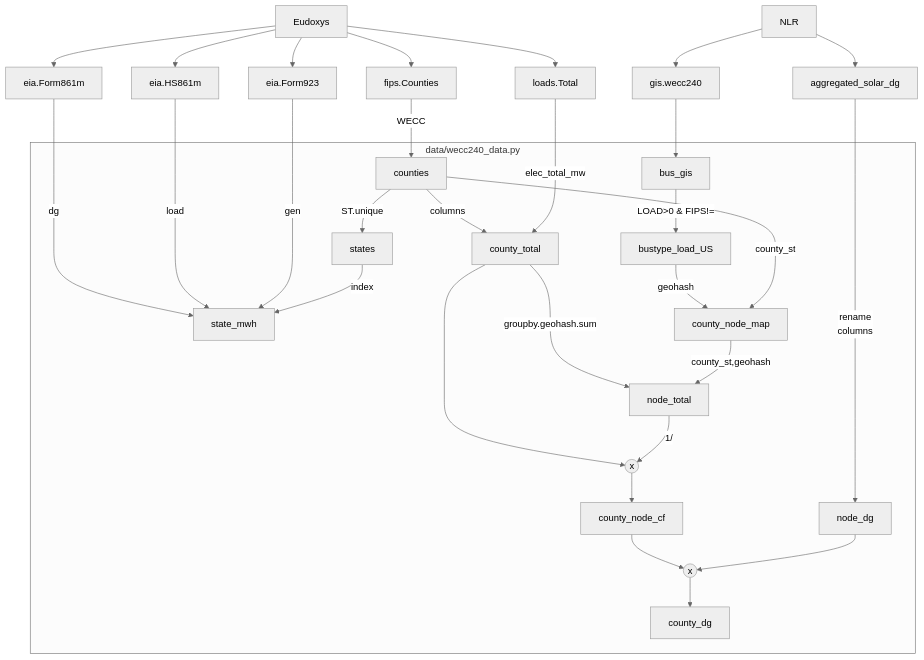
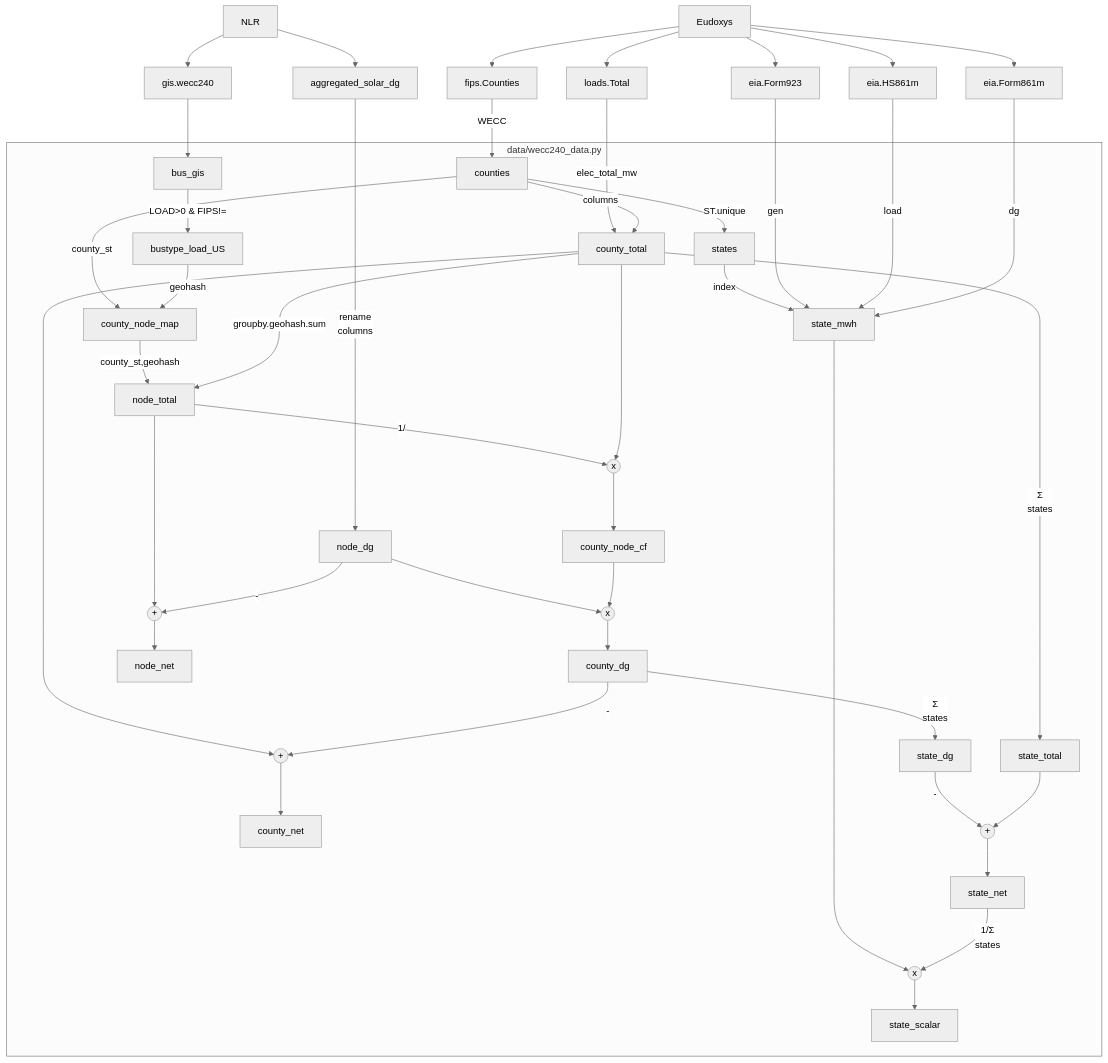
One commit to eudoxys/wecc240 changed the diagram in wecc240/data/README.md. Above: the diagram before and after it, drawn with Mermaid (neutral theme).

````diff
--- a/wecc240/data/README.md
+++ b/wecc240/data/README.md
@@ -37,20 +37,56 @@
     county_node_cf --> mul2
     mul2 --> county_dg
 
+    node_total --> sum1
+    node_dg -->|-| sum1
+    sum1 --> node_net
+
+    county_total --> sum2
+    county_dg -->|-| sum2
+    sum2 --> county_net
+
+    county_total -->|Σ
+    states| state_total
+    county_dg -->|Σ
+        states| state_dg
+    
+    state_dg -->|-| sum3
+    state_total --> sum3
+    sum3 --> state_net
+
+    state_mwh --> mul3
+    state_net -->|1/Σ
+        states| mul3
+    mul3 --> state_scalar
+
     subgraph data/wecc240_data.py
         counties
         states
         bus_gis
         bustype_load_US
+
         node_dg
+        node_total
+        node_net
+
+        county_node_cf
+        county_node_map
+        county_dg
+        county_total
+        county_net
+
         state_mwh
-        county_total
-        county_node_map
-        node_total
-        county_node_cf
-        county_dg
+        state_total
+        state_dg
+        state_net
+        state_scalar
+
+        sum1((+))
+        sum2((+))
+        sum3((+))
 
         mul1((x))
         mul2((x))
+        mul3((x))
     end
 ```
````
